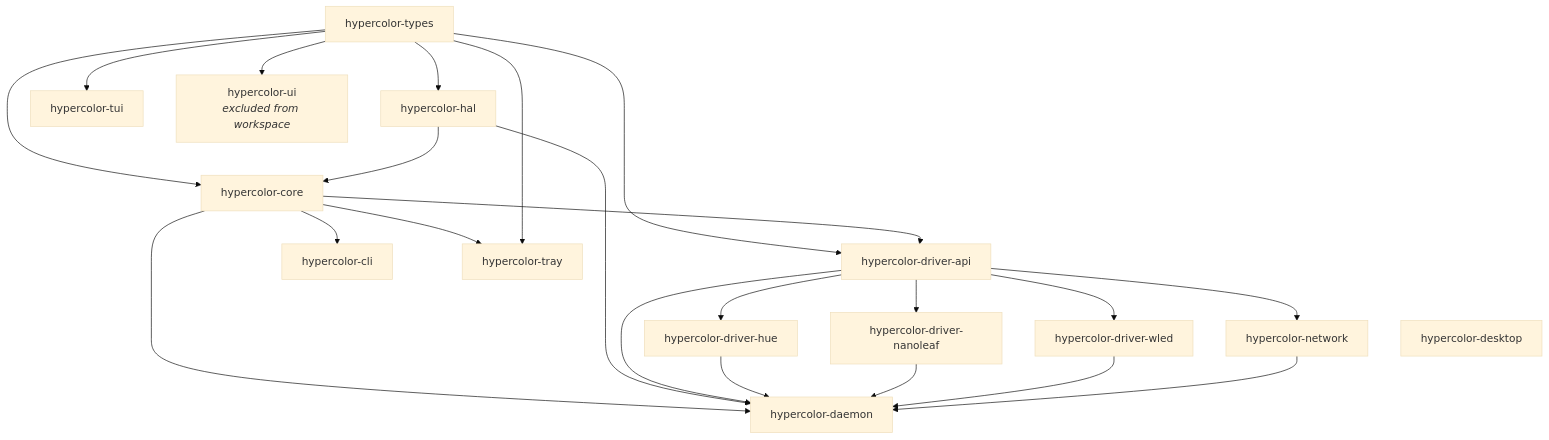
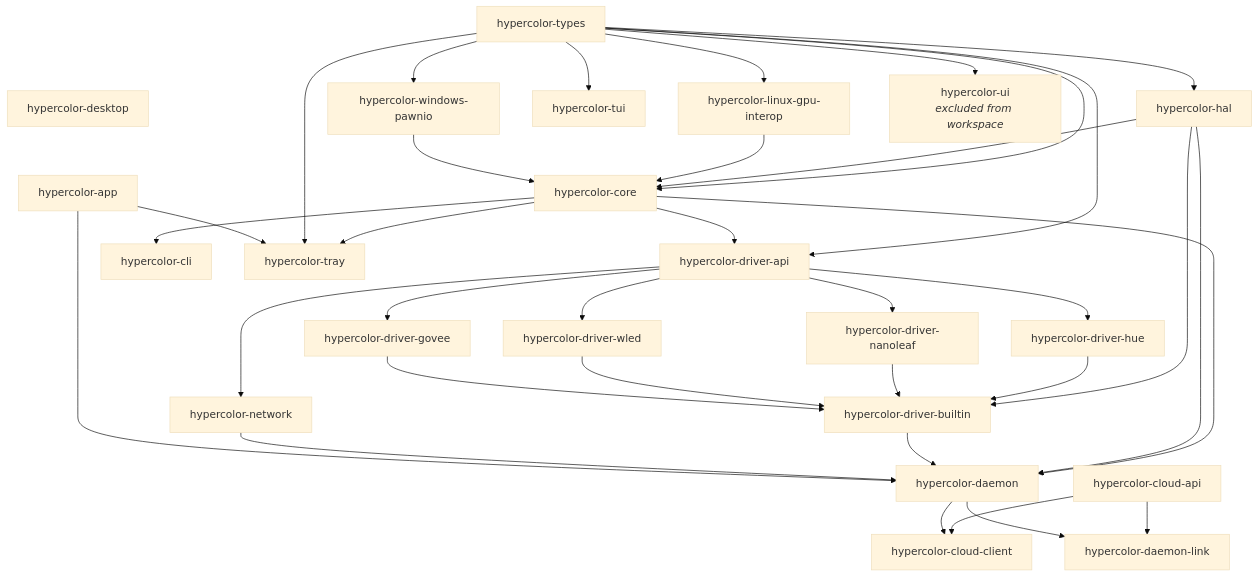
Before and after one commit to hyperb1iss/hypercolor: the diagram in AGENTS.md, drawn with Mermaid (base theme). The commit also changed other lines of this file and 1 other file, not shown here.

````diff
--- a/AGENTS.md
+++ b/AGENTS.md
@@ -76,17 +84,27 @@
 ```mermaid
 graph TD
     T[hypercolor-types] --> HAL[hypercolor-hal]
     T --> CORE[hypercolor-core]
+    T --> LGI[hypercolor-linux-gpu-interop]
+    T --> WPI[hypercolor-windows-pawnio]
     HAL --> CORE
+    LGI --> CORE
+    WPI --> CORE
     T & CORE --> DAPI[hypercolor-driver-api]
     DAPI --> HUE[hypercolor-driver-hue]
     DAPI --> NL[hypercolor-driver-nanoleaf]
     DAPI --> WLED[hypercolor-driver-wled]
+    DAPI --> GV[hypercolor-driver-govee]
     DAPI --> NET[hypercolor-network]
-    CORE & HAL & DAPI & HUE & NL & WLED & NET --> D[hypercolor-daemon]
+    HAL & HUE & NL & WLED & GV --> DB[hypercolor-driver-builtin]
+    CORE & HAL & DB & NET --> D[hypercolor-daemon]
     CORE --> CLI[hypercolor-cli]
     T --> TUI[hypercolor-tui]
     CORE & T --> TRAY[hypercolor-tray]
-    DT[hypercolor-desktop] ~~~ D
+    CAPI[hypercolor-cloud-api] --> CC[hypercolor-cloud-client]
+    CAPI --> DL[hypercolor-daemon-link]
+    D --> CC & DL
+    APP[hypercolor-app] --> D & TRAY
+    DT[hypercolor-desktop] ~~~ APP
     T --> UI[hypercolor-ui<br><i>excluded from workspace</i>]
 ```
````
